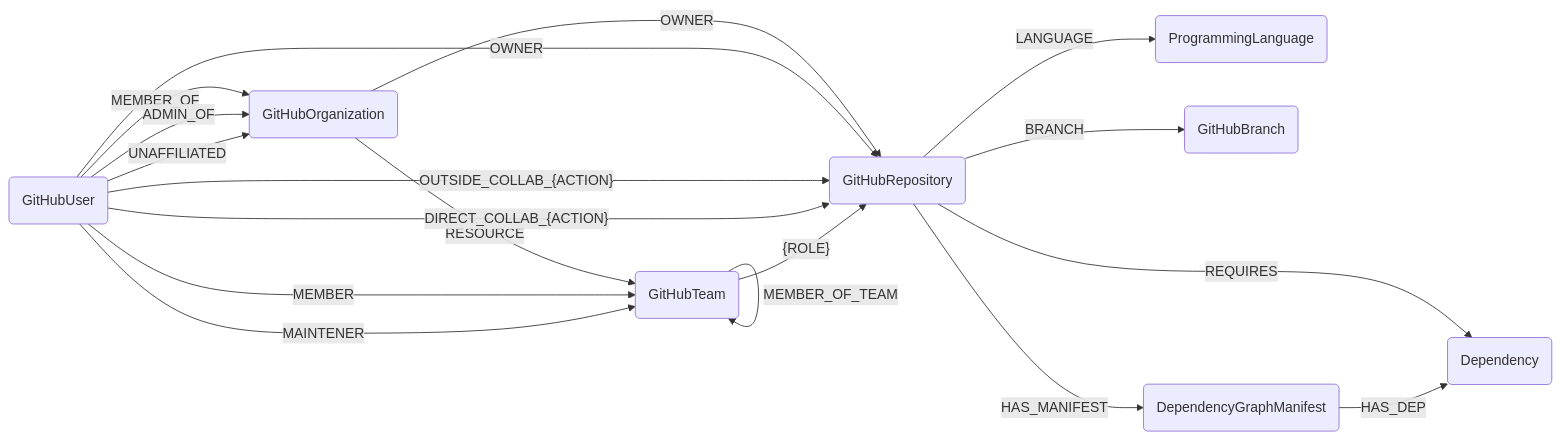
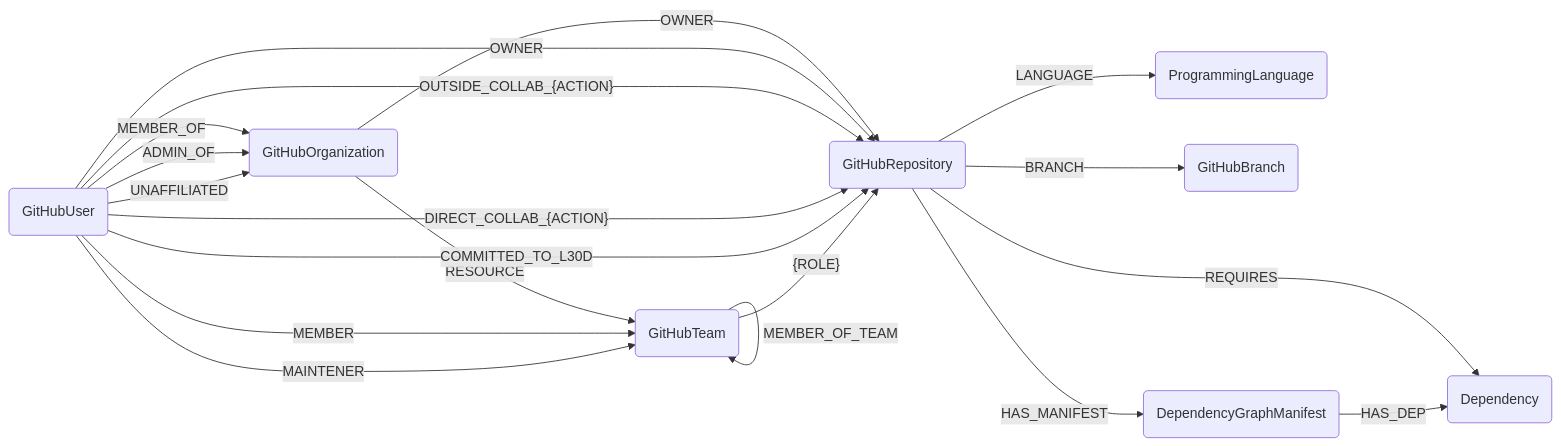
The diagram in docs/root/modules/github/schema.md (cartography-cncf/cartography), drawn with Mermaid before and after one commit. The commit also changed other lines of this file and 5 other files, not shown here.

````diff
--- a/docs/root/modules/github/schema.md
+++ b/docs/root/modules/github/schema.md
@@ -3,21 +3,22 @@
 ```mermaid
 graph LR
 
 O(GitHubOrganization) -- OWNER --> R(GitHubRepository)
 O -- RESOURCE --> T(GitHubTeam)
 U(GitHubUser) -- MEMBER_OF --> O
 U -- ADMIN_OF --> O
 U -- UNAFFILIATED --> O
 U -- OWNER --> R
 U -- OUTSIDE_COLLAB_{ACTION} --> R
 U -- DIRECT_COLLAB_{ACTION} --> R
+U -- COMMITTED_TO_L30D --> R
 R -- LANGUAGE --> L(ProgrammingLanguage)
 R -- BRANCH --> B(GitHubBranch)
 R -- REQUIRES --> D(Dependency)
 R -- HAS_MANIFEST --> M(DependencyGraphManifest)
 M -- HAS_DEP --> D
 T -- {ROLE} --> R
 T -- MEMBER_OF_TEAM --> T
 U -- MEMBER --> T
 U -- MAINTENER --> T
 ```
````
